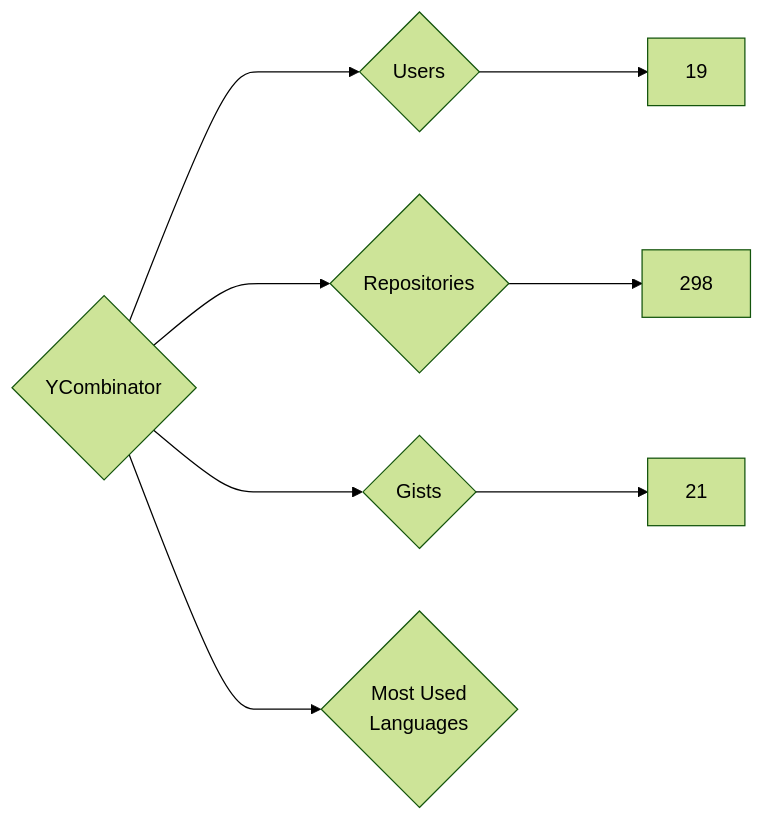
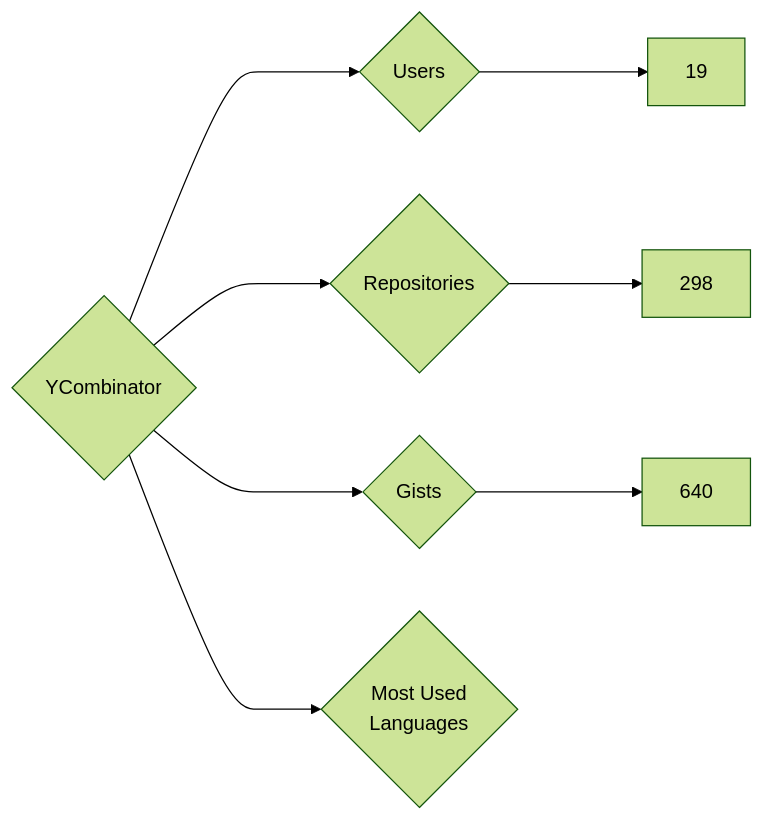
The diagram in targets/YCombinator/README.md (nenadzaric/insiders), drawn with Mermaid (forest theme) before and after one commit. The commit also changed 1342 other files, not shown here.

````diff
--- a/targets/YCombinator/README.md
+++ b/targets/YCombinator/README.md
@@ -3,8 +3,8 @@
 ```mermaid
 graph LR
 COMPANY_NAME{YCombinator}
 COMPANY_NAME ---> U{Users} ---> UN[19]
 COMPANY_NAME ---> R{Repositories} ---> RN[298]
-COMPANY_NAME ---> G{Gists} ---> GN[21]
+COMPANY_NAME ---> G{Gists} ---> GN[640]
 COMPANY_NAME ---> ML{Most Used<br>Languages}
 ```
````
